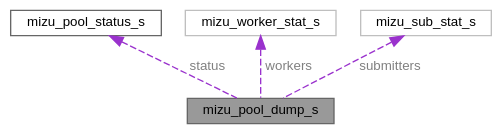
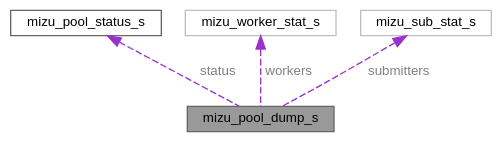
The diagram in structmizu__pool__dump__s__coll__graph.dot (shikokuchuo/libmizu), drawn with Graphviz before and after one commit. The commit also changed 176 other files, not shown here.

```diff
--- a/structmizu__pool__dump__s__coll__graph.dot
+++ b/structmizu__pool__dump__s__coll__graph.dot
@@ -1,14 +1,17 @@
 digraph "mizu_pool_dump_s"
 {
  // LATEX_PDF_SIZE
   bgcolor="transparent";
   edge [fontname=Helvetica,fontsize=10,labelfontname=Helvetica,labelfontsize=10];
   node [fontname=Helvetica,fontsize=10,shape=box,height=0.2,width=0.4];
   Node1 [id="Node000001",label="mizu_pool_dump_s",height=0.2,width=0.4,color="gray40", fillcolor="grey60", style="filled", fontcolor="black",tooltip=" "];
-  Node2 -> Node1 [id="edge1_Node000001_Node000002",dir="back",color="darkorchid3",style="dashed",tooltip=" ",label=" status",fontcolor="grey" ];
+  Node2 -> Node1 [id="edge1_Node000001_Node000002",dir="back",color="darkorchid3",style="dashed",tooltip=" ",label=<<TABLE CELLBORDER="0" BORDER="0"><TR><TD VALIGN="top" ALIGN="LEFT" CELLPADDING="1" CELLSPACING="0">status</TD></TR>
+</TABLE>> ,fontcolor="grey" ];
   Node2 [id="Node000002",label="mizu_pool_status_s",height=0.2,width=0.4,color="gray40", fillcolor="white", style="filled",URL="$structmizu__pool__status__s.html",tooltip="Snapshots."];
-  Node3 -> Node1 [id="edge2_Node000001_Node000003",dir="back",color="darkorchid3",style="dashed",tooltip=" ",label=" workers",fontcolor="grey" ];
+  Node3 -> Node1 [id="edge2_Node000001_Node000003",dir="back",color="darkorchid3",style="dashed",tooltip=" ",label=<<TABLE CELLBORDER="0" BORDER="0"><TR><TD VALIGN="top" ALIGN="LEFT" CELLPADDING="1" CELLSPACING="0">workers</TD></TR>
+</TABLE>> ,fontcolor="grey" ];
   Node3 [id="Node000003",label="mizu_worker_stat_s",height=0.2,width=0.4,color="grey75", fillcolor="white", style="filled",URL="$structmizu__worker__stat__s.html",tooltip=" "];
-  Node4 -> Node1 [id="edge3_Node000001_Node000004",dir="back",color="darkorchid3",style="dashed",tooltip=" ",label=" submitters",fontcolor="grey" ];
+  Node4 -> Node1 [id="edge3_Node000001_Node000004",dir="back",color="darkorchid3",style="dashed",tooltip=" ",label=<<TABLE CELLBORDER="0" BORDER="0"><TR><TD VALIGN="top" ALIGN="LEFT" CELLPADDING="1" CELLSPACING="0">submitters</TD></TR>
+</TABLE>> ,fontcolor="grey" ];
   Node4 [id="Node000004",label="mizu_sub_stat_s",height=0.2,width=0.4,color="grey75", fillcolor="white", style="filled",URL="$structmizu__sub__stat__s.html",tooltip=" "];
 }
```
